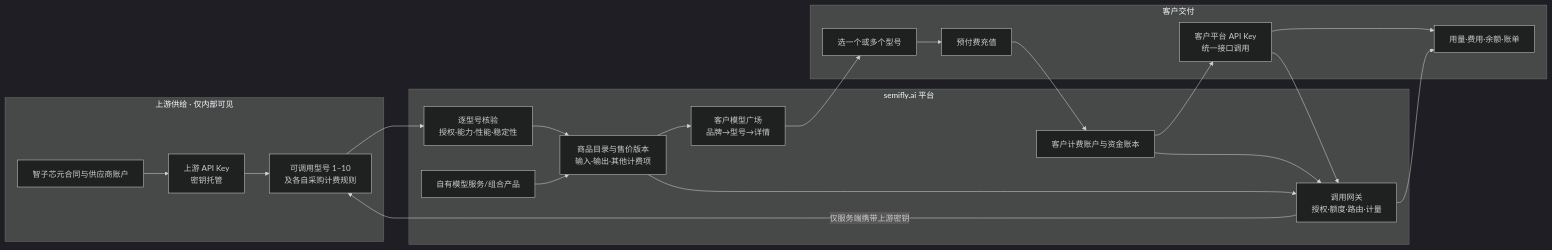
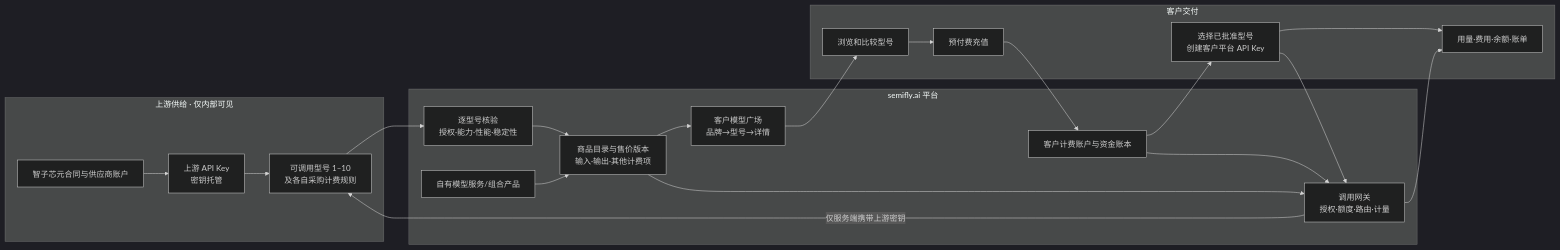
One commit to niuroumiantt/oneapi changed the first of 2 diagrams in docs/phase-1/17-supply-to-customer-blueprint.md. Above: the diagram before and after it, drawn with Mermaid (dark theme). The commit also changed other lines of this file and 5 other files, not shown here.

Commit message:
Align model handoff and recharge-first customer flow

````diff
--- a/docs/phase-1/17-supply-to-customer-blueprint.md
+++ b/docs/phase-1/17-supply-to-customer-blueprint.md
@@ -7,25 +7,25 @@
 ```mermaid
 flowchart LR
   subgraph U[上游供给 · 仅内部可见]
     A[智子芯元合同与供应商账户] --> B[上游 API Key<br/>密钥托管]
     B --> C[可调用型号 1–10<br/>及各自采购计费规则]
   end
   subgraph S[semifly.ai 平台]
     C --> D[逐型号核验<br/>授权·能力·性能·稳定性]
     D --> E[商品目录与售价版本<br/>输入·输出·其他计费项]
     E --> F[客户模型广场<br/>品牌→型号→详情]
     G[自有模型服务/组合产品] --> E
     H[客户计费账户与资金账本] --> I[调用网关<br/>授权·额度·路由·计量]
     E --> I
   end
   subgraph X[客户交付]
-    F --> J[选一个或多个型号]
+    F --> J[浏览和比较型号]
     J --> K[预付费充值]
     K --> H
-    L[客户平台 API Key<br/>统一接口调用] --> M[用量·费用·余额·账单]
+    L[选择已批准型号<br/>创建客户平台 API Key] --> M[用量·费用·余额·账单]
   end
   H --> L
   L --> I
   I --> M
   I -->|仅服务端携带上游密钥| C
 ```
````
